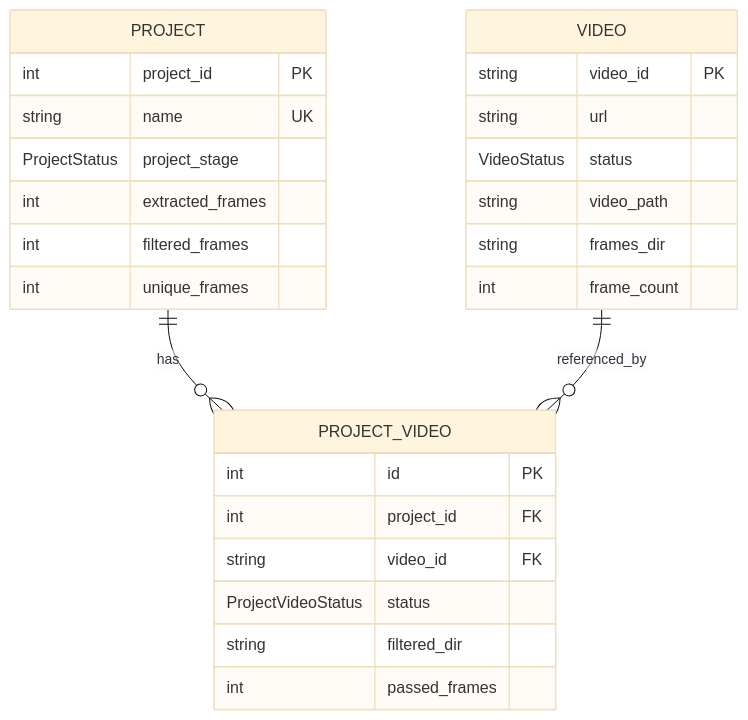
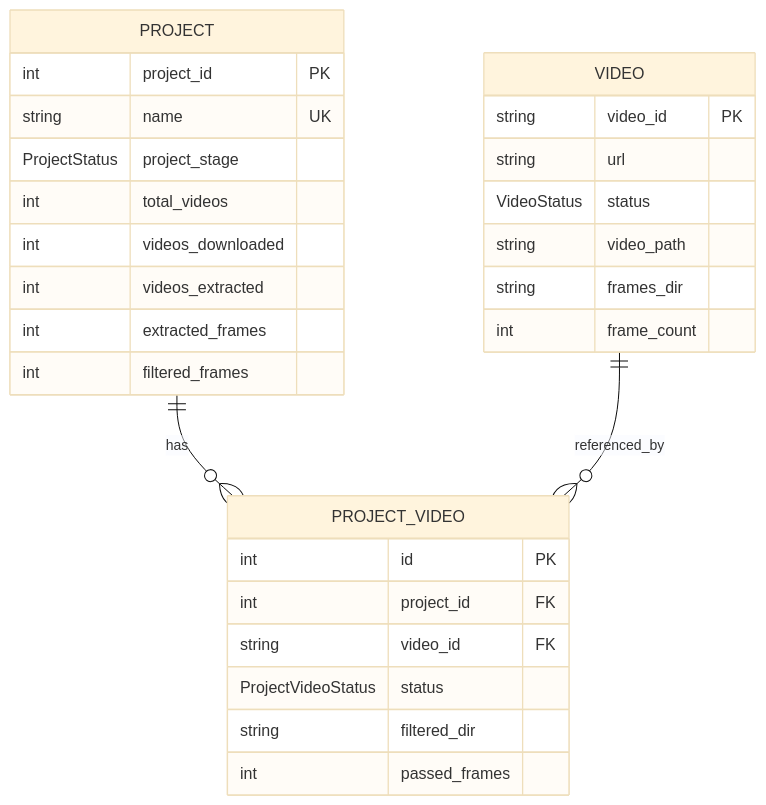
One commit to MVPavan/data-miner changed the diagram in docs/architecture/database-models.md. Above: the diagram before and after it, drawn with Mermaid (base theme). The commit also changed other lines of this file and 18 other files, not shown here.

````diff
--- a/docs/architecture/database-models.md
+++ b/docs/architecture/database-models.md
@@ -9,32 +9,34 @@
 ```mermaid
 erDiagram
     PROJECT ||--o{ PROJECT_VIDEO : has
     VIDEO ||--o{ PROJECT_VIDEO : referenced_by
     
     PROJECT {
         int project_id PK
         string name UK
         ProjectStatus project_stage
+        int total_videos
+        int videos_downloaded
+        int videos_extracted
         int extracted_frames
         int filtered_frames
-        int unique_frames
     }
     
     VIDEO {
         string video_id PK
         string url
         VideoStatus status
         string video_path
         string frames_dir
         int frame_count
     }
     
     PROJECT_VIDEO {
         int id PK
         int project_id FK
         string video_id FK
         ProjectVideoStatus status
         string filtered_dir
         int passed_frames
     }
 ```
````
